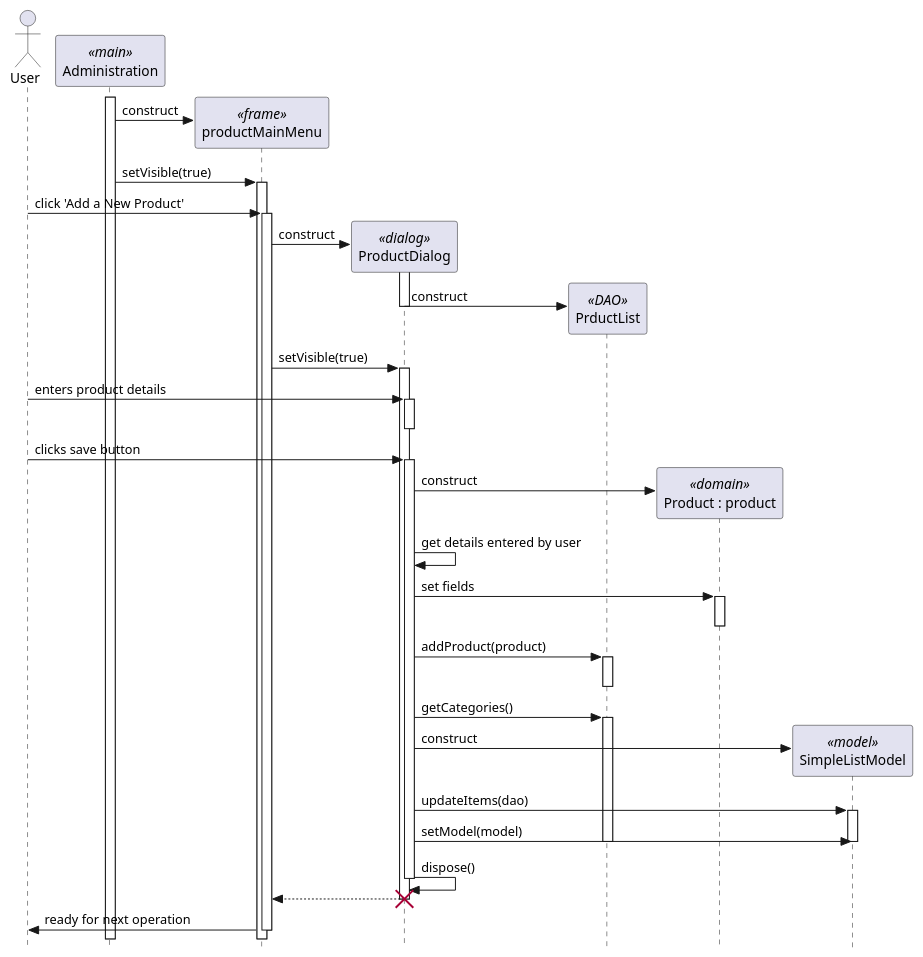
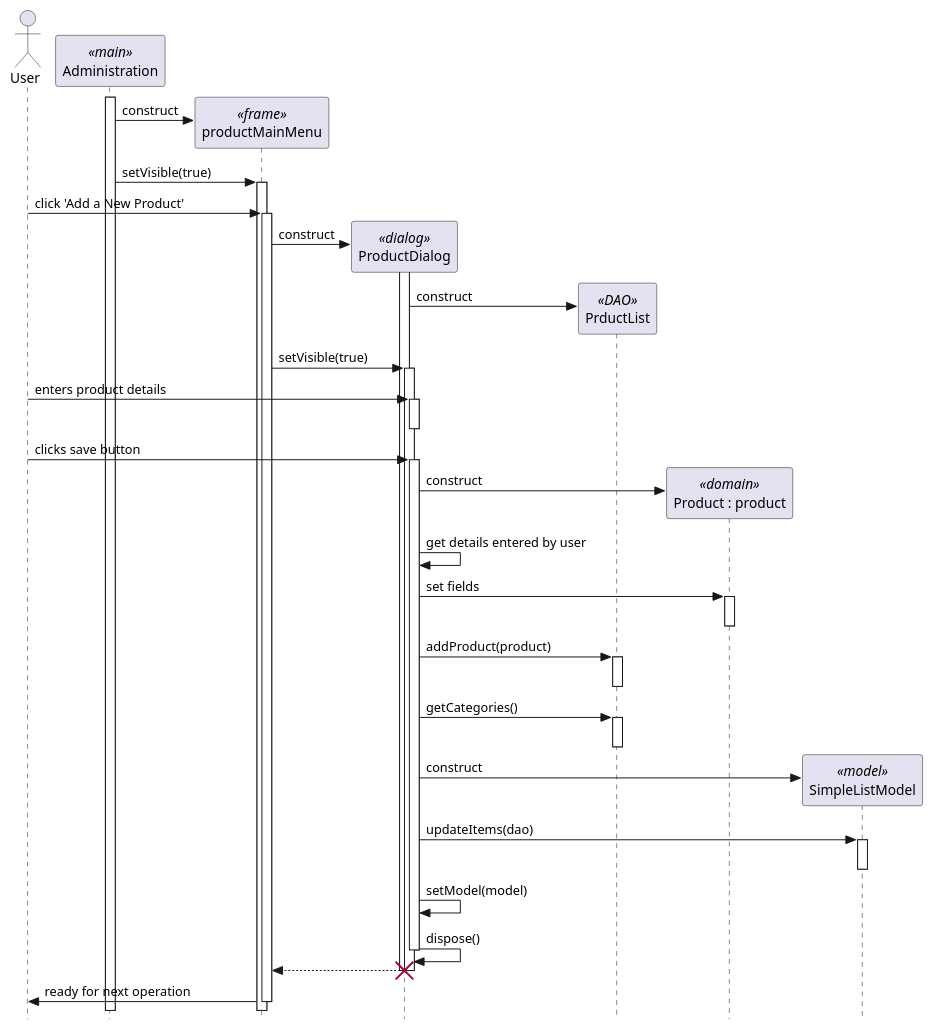
One commit to Kateli24/202 changed the diagram in sale/addNewProduct.pu. Above: the diagram before and after it, drawn with PlantUML.

Commit message:
fixed ProductEditorDialog sequence diagram

```diff
--- a/sale/addNewProduct.pu
+++ b/sale/addNewProduct.pu
@@ -1,74 +1,73 @@
 @startuml
 ' use strict UML mode
 skinparam style strictuml
 
 actor "User" as user
 
 participant "Administration" as main <<main>>
 main++
 
 create "productMainMenu" as menu <<frame>>
 main -> menu : construct
 main -> menu++ : setVisible(true)
 
 user -> menu++ : click 'Add a New Product'
 
 create "ProductDialog" as editor <<dialog>>
 menu -> editor : construct
 
 'activate editor constructor
 editor++
 
 ' create a DAO
 create "PrductList" as dao <<DAO>>
 editor -> dao : construct
-
-editor--
 
 menu -> editor++ : setVisible(true)
 
 
 
 ' user enters product details and clicks the save button
 user -> editor++ : enters product details
 editor--
 user -> editor++ : clicks save button
 
 ' construct the product object
 create "Product : product" as product <<domain>>
 editor -> product : construct
 
 
 ' get the details from the text component
 editor -> editor : get details entered by user
 
 
 ' set the id field in the product
 editor -> product++ : set fields
 product--
 
 ' save product
 editor -> dao++ : addProduct(product)
 dao--
 
 'display categories
 editor -> dao++ : getCategories()
+dao--
 
 create "SimpleListModel" as model <<model>>
 editor -> model : construct
 editor -> model++ :updateItems(dao)
-editor -> model : setModel(model)
 model--
-dao--
+editor -> editor : setModel(model)
+
 
 
 ' dispose dialog
 editor -> editor-- : dispose()
 
 ' show control returning to the menu as the dialog closes
 return
 
 destroy editor
 
 menu –> user-- : ready for next operation
 @enduml
```
